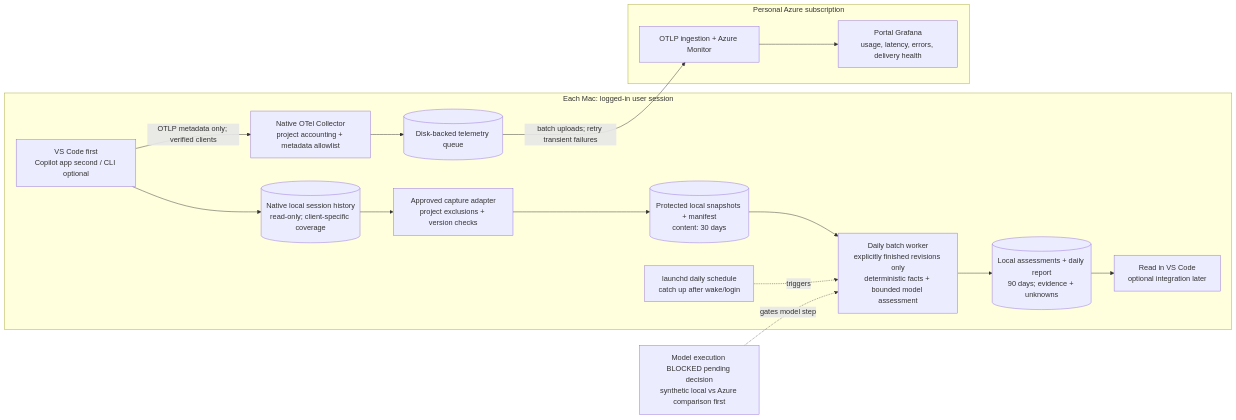
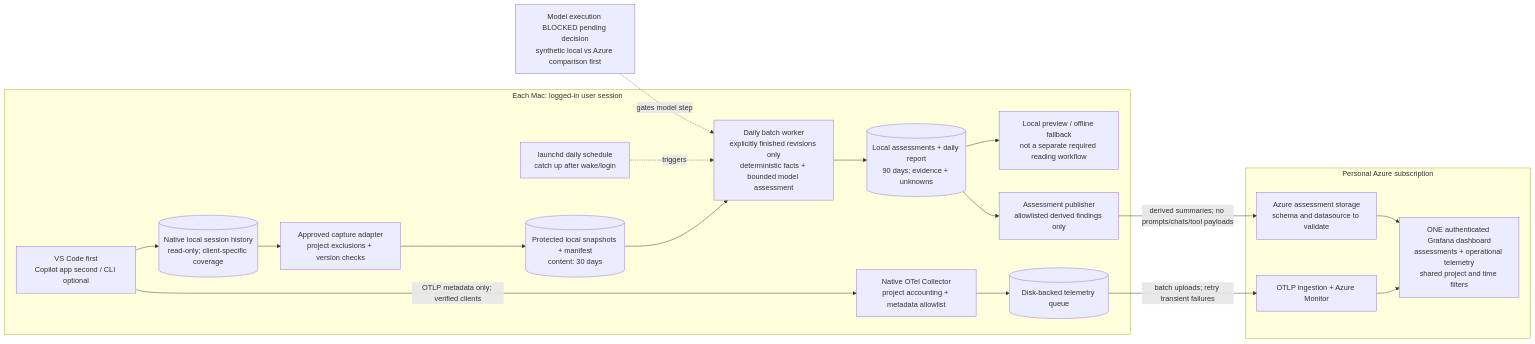
One commit to prasann/copilot-otel changed the diagram in PLAN.md. Above: the diagram before and after it, drawn with Mermaid. The commit also changed other lines of this file and 2 other files, not shown here.

First line of the commit message:
docs: record capture findings and unified dashboard workflow

````diff
--- a/PLAN.md
+++ b/PLAN.md
@@ -58,28 +61,33 @@
 ```mermaid
 flowchart LR
   subgraph Mac["Each Mac: logged-in user session"]
     Sources["VS Code first<br/>Copilot app second / CLI optional"]
     Native[("Native local session history<br/>read-only; client-specific coverage")]
     Capture["Approved capture adapter<br/>project exclusions + version checks"]
     Content[("Protected local snapshots + manifest<br/>content: 30 days")]
     Batch["Daily batch worker<br/>explicitly finished revisions only<br/>deterministic facts + bounded model assessment"]
     Reports[("Local assessments + daily report<br/>90 days; evidence + unknowns")]
-    Review["Read in VS Code<br/>optional integration later"]
+    Review["Local preview / offline fallback<br/>not a separate required reading workflow"]
+    Publish["Assessment publisher<br/>allowlisted derived findings only"]
     Schedule["launchd daily schedule<br/>catch up after wake/login"]
     Sources --> Native
     Native --> Capture --> Content --> Batch --> Reports --> Review
     Schedule -. triggers .-> Batch
+    Reports --> Publish
     Collector["Native OTel Collector<br/>project accounting + metadata allowlist"]
     Queue[("Disk-backed telemetry queue")]
     Sources -->|"OTLP metadata only; verified clients"| Collector
     Collector --> Queue
   end
   subgraph Azure["Personal Azure subscription"]
     Ingest["OTLP ingestion + Azure Monitor"]
-    Dashboards["Portal Grafana<br/>usage, latency, errors, delivery health"]
+    Findings["Azure assessment storage<br/>schema and datasource to validate"]
+    Dashboards["ONE authenticated Grafana dashboard<br/>assessments + operational telemetry<br/>shared project and time filters"]
     Ingest --> Dashboards
+    Findings --> Dashboards
   end
   Queue -->|"batch uploads; retry transient failures"| Ingest
+  Publish -->|"derived summaries; no prompts/chats/tool payloads"| Findings
   Decision["Model execution BLOCKED pending decision<br/>synthetic local vs Azure comparison first"]
   Decision -. gates model step .-> Batch
 ```
````
